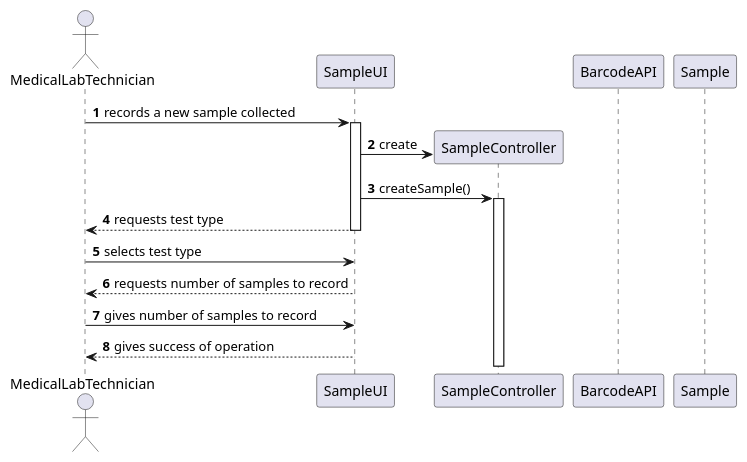
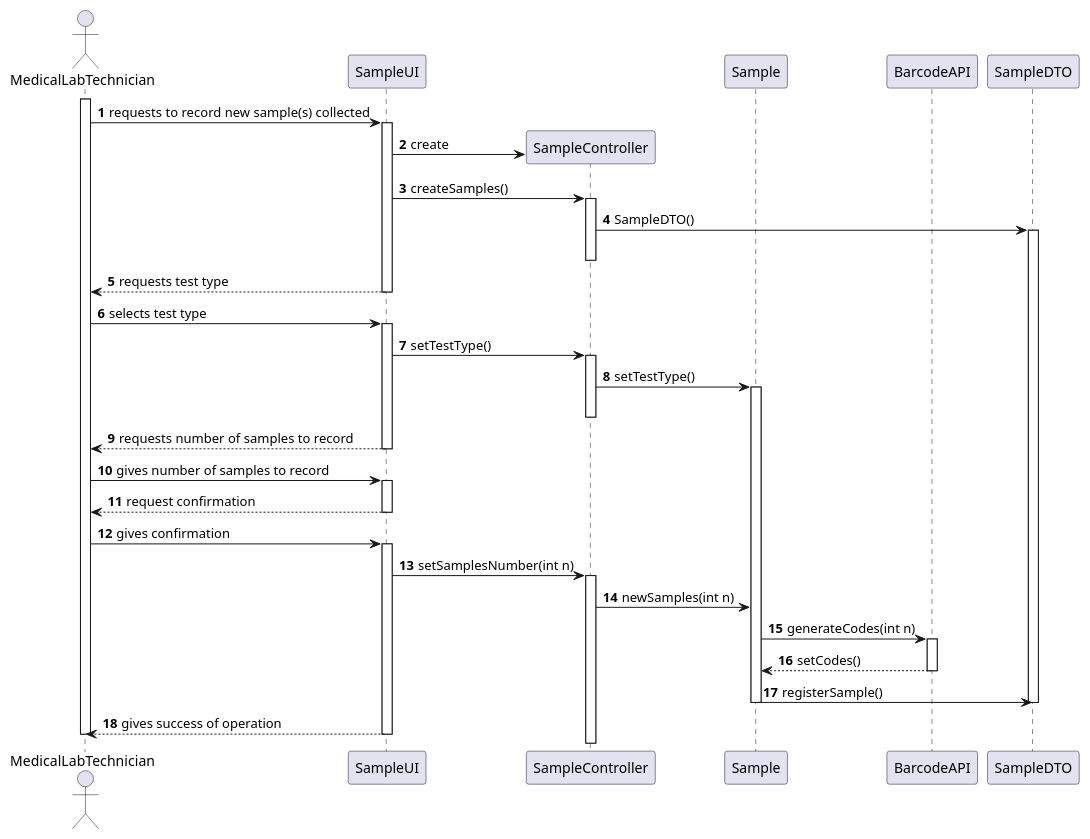
Before and after one commit to MadDinosaur/ISEP-LAPR2: the diagram in docs/SprintC/US5/US5_SD.puml, drawn with PlantUML. The commit also changed 8 other files, not shown here.

```diff
--- a/docs/SprintC/US5/US5_SD.puml
+++ b/docs/SprintC/US5/US5_SD.puml
@@ -1,24 +1,53 @@
 @startuml
 
 autonumber
 
 actor MedicalLabTechnician as mlt
 participant SampleUI as UI
 participant SampleController as Controller
+participant Sample
 participant BarcodeAPI as API
-participant Sample
+participant SampleDTO as DTO
 
-
-mlt -> UI: records a new sample collected
+activate mlt
+mlt -> UI: requests to record new sample(s) collected
 activate UI
 create Controller
 UI -> Controller : create
-UI -> Controller : createSample()
+UI -> Controller : createSamples()
 activate Controller
+Controller -> DTO : SampleDTO()
+activate DTO
+deactivate Controller
 UI --> mlt: requests test type
 deactivate UI
 mlt -> UI: selects test type
+activate UI
+UI -> Controller: setTestType()
+activate Controller
+Controller -> Sample : setTestType()
+activate Sample
+deactivate Controller
 UI --> mlt: requests number of samples to record
+deactivate UI
 mlt -> UI: gives number of samples to record
+activate UI
+UI --> mlt: request confirmation
+deactivate UI
+mlt -> UI: gives confirmation
+activate UI
+UI -> Controller : setSamplesNumber(int n)
+activate Controller
+Controller -> Sample : newSamples(int n)
+Sample -> API : generateCodes(int n)
+activate API
+API --> Sample : setCodes()
+deactivate API
+Sample -> DTO : registerSample()
+deactivate DTO
+deactivate Sample
 UI --> mlt: gives success of operation
+deactivate UI
+deactivate mlt
+
 @enduml
```
